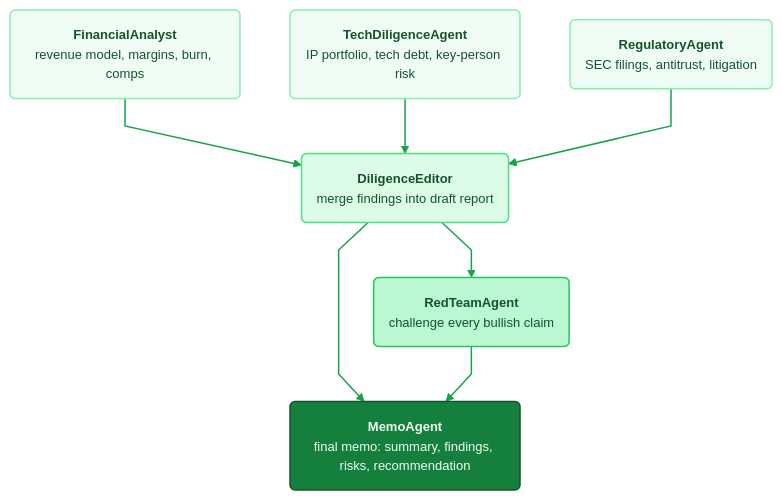
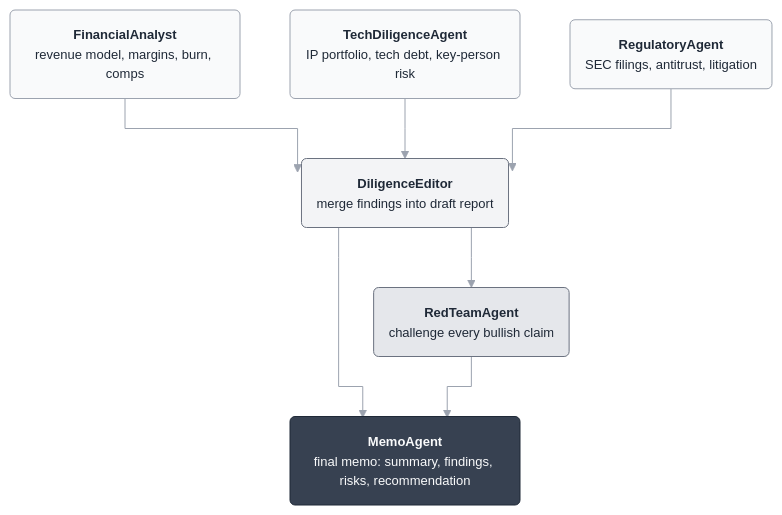
Before and after one commit to petehottelet/smythe: the diagram in README.md, drawn with Mermaid. The commit also changed 1 other file, not shown here.

Commit message:
Restyle flowchart: neutral gray palette, thin orthogonal edges

````diff
--- a/README.md
+++ b/README.md
@@ -69,25 +69,25 @@
 ```mermaid
-%%{init: {"theme":"base","themeVariables":{"fontFamily":"Roboto Mono, monospace","fontSize":"13px","primaryColor":"#f0fdf4","primaryTextColor":"#14532d","primaryBorderColor":"#86efac","lineColor":"#16a34a"},"flowchart":{"curve":"linear","nodeSpacing":50,"rankSpacing":55}}}%%
+%%{init: {"theme":"base","themeVariables":{"fontFamily":"Roboto Mono, monospace","fontSize":"13px","primaryColor":"#f9fafb","primaryTextColor":"#1f2937","primaryBorderColor":"#9ca3af","lineColor":"#9ca3af"},"flowchart":{"curve":"stepAfter","nodeSpacing":50,"rankSpacing":60}}}%%
 flowchart TD
     financial("<b>FinancialAnalyst</b><br/>revenue model, margins, burn, comps")
     technical("<b>TechDiligenceAgent</b><br/>IP portfolio, tech debt, key-person risk")
     regulatory("<b>RegulatoryAgent</b><br/>SEC filings, antitrust, litigation")
     draft("<b>DiligenceEditor</b><br/>merge findings into draft report")
     redteam("<b>RedTeamAgent</b><br/>challenge every bullish claim")
     memo("<b>MemoAgent</b><br/>final memo: summary, findings, risks, recommendation")
     financial --> draft
     technical --> draft
     regulatory --> draft
     draft --> redteam
     draft --> memo
     redteam --> memo
-    classDef specialist fill:#f0fdf4,stroke:#86efac,stroke-width:1.5px,color:#14532d
-    classDef editor fill:#dcfce7,stroke:#4ade80,stroke-width:1.5px,color:#14532d
-    classDef adversarial fill:#bbf7d0,stroke:#22c55e,stroke-width:1.5px,color:#14532d
-    classDef deliverable fill:#15803d,stroke:#14532d,stroke-width:1.5px,color:#f0fdf4
+    classDef specialist fill:#f9fafb,stroke:#9ca3af,stroke-width:1px,color:#1f2937
+    classDef editor fill:#f3f4f6,stroke:#6b7280,stroke-width:1px,color:#1f2937
+    classDef adversarial fill:#e5e7eb,stroke:#6b7280,stroke-width:1px,color:#1f2937
+    classDef deliverable fill:#374151,stroke:#1f2937,stroke-width:1px,color:#f9fafb
     class financial,technical,regulatory specialist
     class draft editor
     class redteam adversarial
     class memo deliverable
-    linkStyle default stroke:#16a34a,stroke-width:1.5px
+    linkStyle default stroke:#9ca3af,stroke-width:1px
 ```
````
